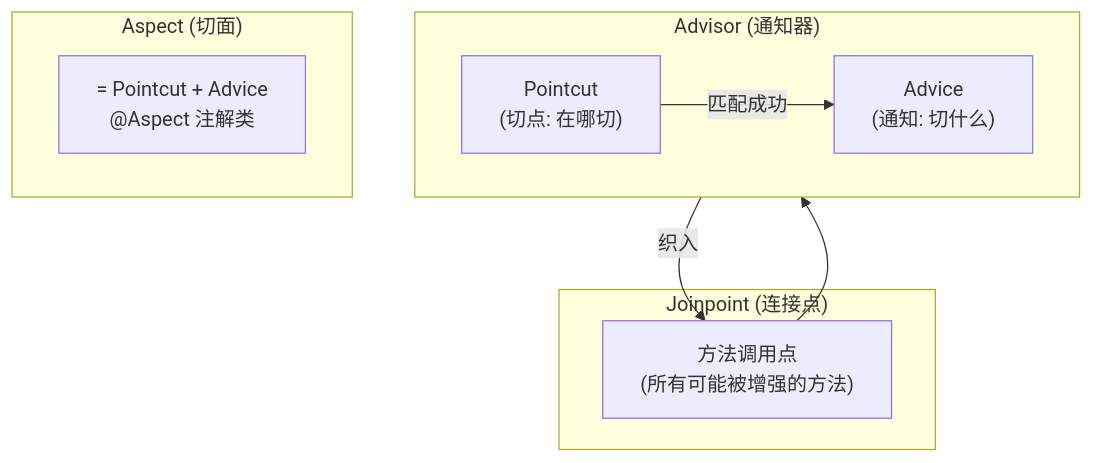
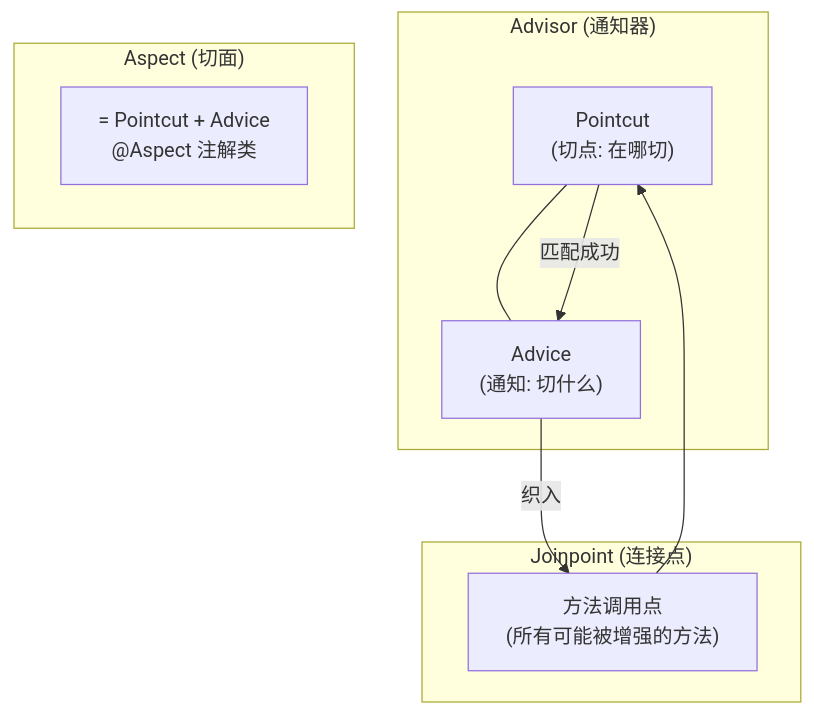
Before and after one commit to SilkLee/full-stack-guide: diagram 17 of 23 in springboot-core-architecture.md, drawn with Mermaid. The commit also changed other lines of this file, not shown here.

Commit message:
Fix all Mermaid diagrams for VSCode/GitHub: remove direction LR in subgraph, use explicit subgraph IDs for Chinese names

````diff
--- a/springboot-core-architecture.md
+++ b/springboot-core-architecture.md
@@ -1273,20 +1273,20 @@
 ```mermaid
 flowchart TB
     subgraph Advisor["Advisor (通知器)"]
-        direction LR
         PM["Pointcut<br/>(切点: 在哪切)"]
         AV["Advice<br/>(通知: 切什么)"]
+        PM --- AV
     end
     
     subgraph Joinpoint["Joinpoint (连接点)"]
         JP["方法调用点<br/>(所有可能被增强的方法)"]
     end
     
     subgraph Aspect["Aspect (切面)"]
         ASP["= Pointcut + Advice<br/>@Aspect 注解类"]
     end
     
     JP --> PM
     PM -->|"匹配成功"| AV
     AV -->|"织入"| JP
 ```
````
